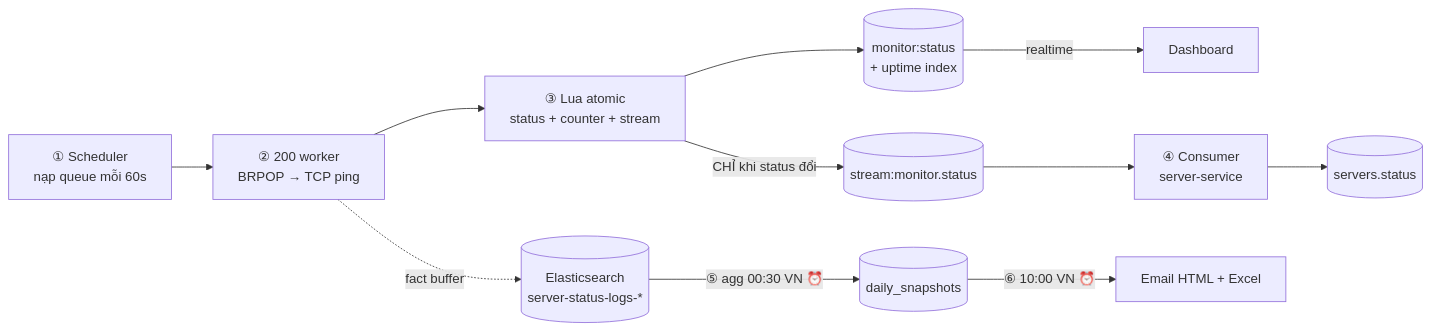
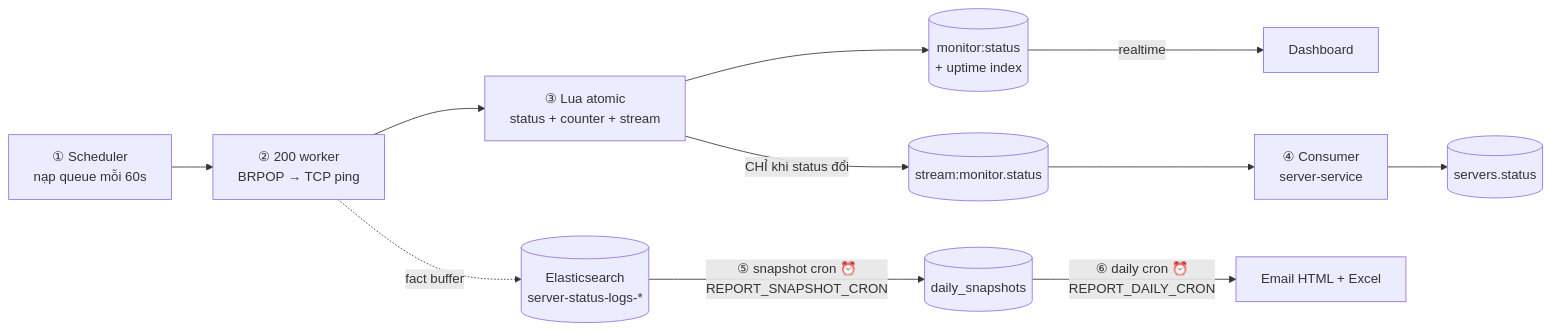
The third of 5 diagrams in .claude/diagrams/architecture-diagram.md (dwchwang/sms_microservice), drawn with Mermaid before and after one commit. The commit also changed other lines of this file and 24 other files, not shown here.

````diff
--- a/.claude/diagrams/architecture-diagram.md
+++ b/.claude/diagrams/architecture-diagram.md
@@ -69,14 +70,14 @@
 ```mermaid
 graph LR
     SCH["① Scheduler<br/>nạp queue mỗi 60s"] --> W["② 200 worker<br/>BRPOP → TCP ping"]
     W --> LUA["③ Lua atomic<br/>status + counter + stream"]
 
     LUA --> ST[("monitor:status<br/>+ uptime index")]
     LUA -->|"CHỈ khi status đổi"| STREAM[("stream:monitor.status")]
     W -. "fact buffer" .-> ES[("Elasticsearch<br/>server-status-logs-*")]
 
     STREAM --> CONS["④ Consumer<br/>server-service"] --> PGS[("servers.status")]
-    ES -->|"⑤ agg 00:30 VN ⏰"| SNAP[("daily_snapshots")]
-    SNAP -->|"⑥ 10:00 VN ⏰"| MAIL["Email HTML + Excel"]
+    ES -->|"⑤ snapshot cron ⏰<br/>REPORT_SNAPSHOT_CRON"| SNAP[("daily_snapshots")]
+    SNAP -->|"⑥ daily cron ⏰<br/>REPORT_DAILY_CRON"| MAIL["Email HTML + Excel"]
     ST -->|"realtime"| DASH["Dashboard"]
 ```
````
